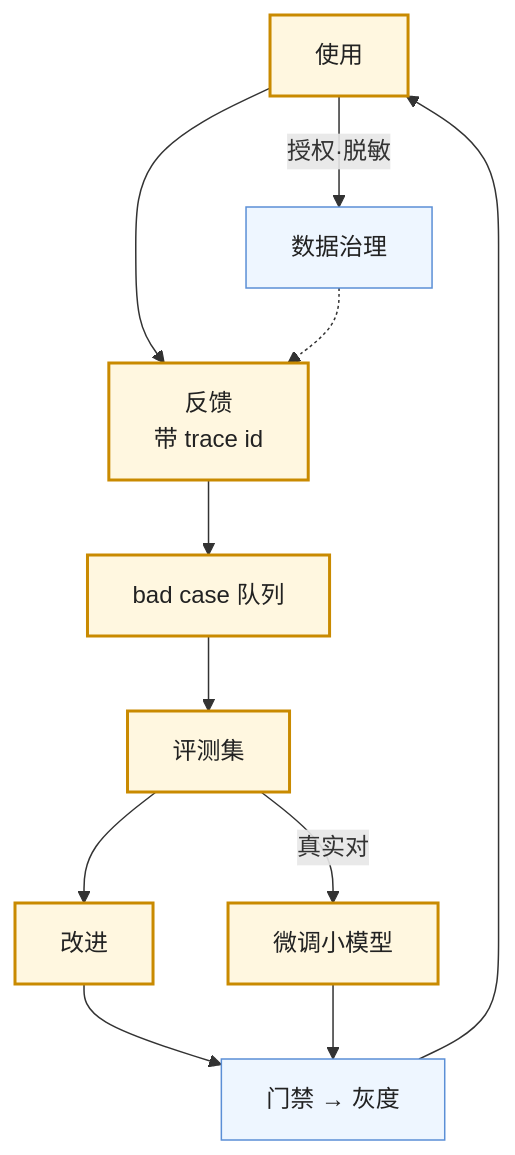
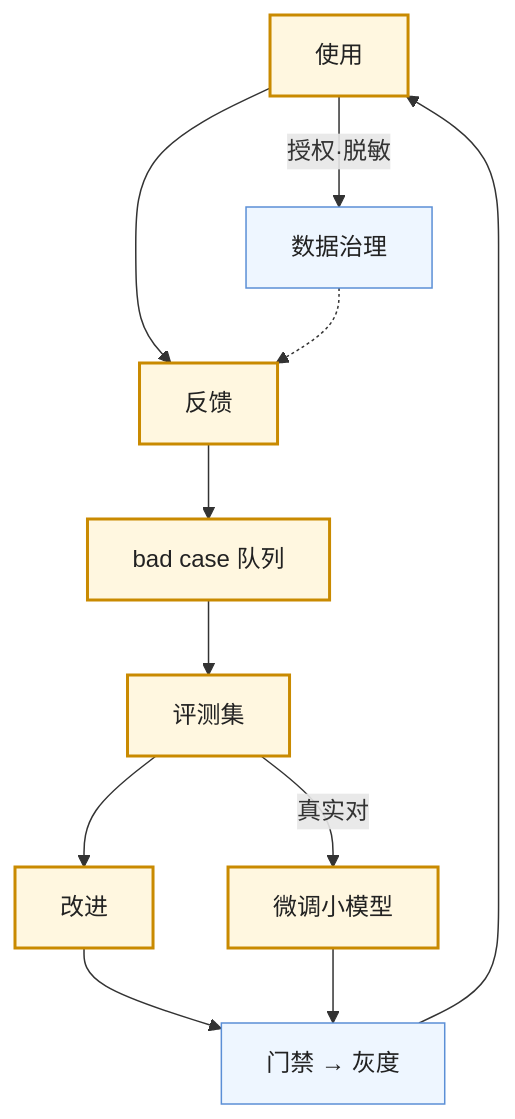
One commit to arganzheng/arganzheng.github.com changed the seventh of 7 diagrams in slides/2026-11-14-production-and-operations.md. Above: the diagram before and after it, drawn with Mermaid. The commit also changed other lines of this file, not shown here.

````diff
--- a/slides/2026-11-14-production-and-operations.md
+++ b/slides/2026-11-14-production-and-operations.md
@@ -254,19 +270,19 @@
 ```mermaid
 %%{init: {"flowchart": {"wrappingWidth": 180}}}%%
 flowchart TB
-    U["使用"] --> F["反馈<br/>带 trace id"]
+    U["使用"] --> F["反馈"]
     F --> Q["bad case 队列"]
     Q --> E["评测集"]
     E --> I["改进"]
     I --> G["门禁 → 灰度"]
     G --> U
     U -->|"授权·脱敏"| D["数据治理"]
     D -.-> F
     E -->|"真实对"| FT["微调小模型"]
     FT --> G
 
     classDef step fill:#fff7e0,stroke:#c98a00,stroke-width:2px,color:#222
     classDef gate fill:#eef6ff,stroke:#5b8fd6,color:#222
     class U,F,Q,E,I,FT step
     class G,D gate
 ```
````
